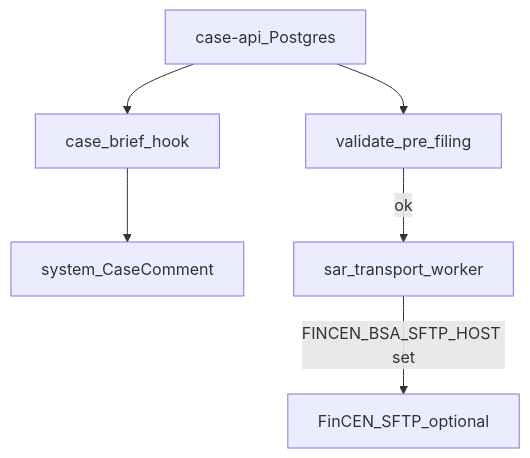
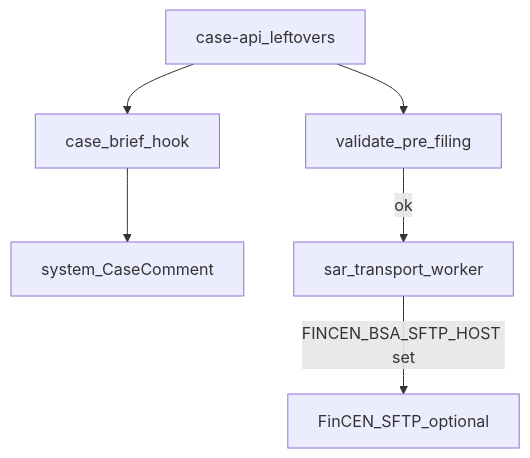
Before and after one commit to pamu512/tarka: the third of 6 diagrams in docs/docs/guides/feature-data-flows.md, drawn with Mermaid. The commit also changed other lines of this file and 225 other files, not shown here.

````diff
--- a/docs/docs/guides/feature-data-flows.md
+++ b/docs/docs/guides/feature-data-flows.md
@@ -90,14 +96,14 @@
 ```mermaid
 flowchart TD
-  Case[case-api_Postgres]
+  Case[case-api_leftovers]
   Brief[case_brief_hook]
   Comment[system_CaseComment]
   SAR[validate_pre_filing]
   Worker[sar_transport_worker]
   SFTP[FinCEN_SFTP_optional]
 
   Case --> Brief --> Comment
   Case --> SAR
   SAR -->|ok| Worker
   Worker -->|FINCEN_BSA_SFTP_HOST set| SFTP
 ```
````
